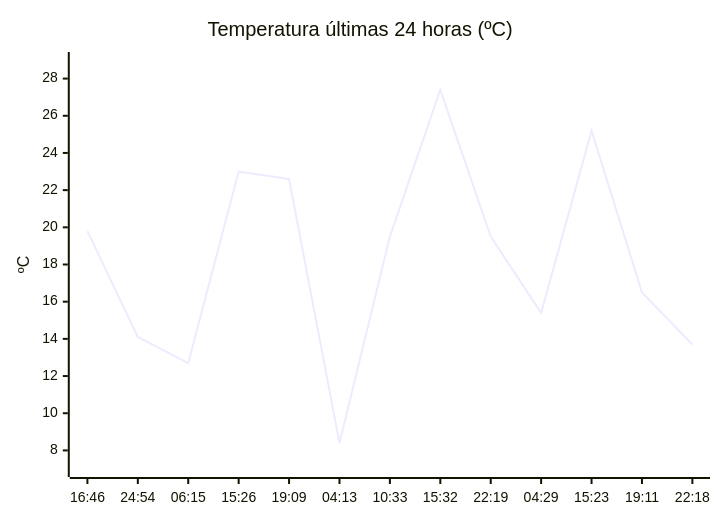
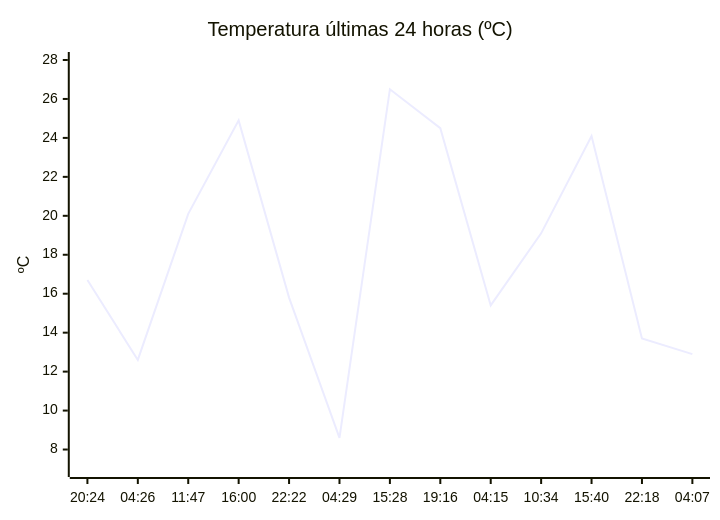
The diagram in README.md (solidsnk86/rem-scrap), drawn with Mermaid before and after one commit. The commit also changed other lines of this file, not shown here.

````diff
--- a/README.md
+++ b/README.md
@@ -36,7 +36,7 @@
 ```mermaid
 xychart-beta
     title "Temperatura últimas 24 horas (ºC)"
-    x-axis ["16:46", "24:54", "06:15", "15:26", "19:09", "04:13", "10:33", "15:32", "22:19", "04:29", "15:23", "19:11", "22:18"]
-    y-axis "ºC" 7 --> 29
-    line [19.8, 14.1, 12.7, 23, 22.6, 8.4, 19.5, 27.4, 19.5, 15.4, 25.2, 16.5, 13.7]
+    x-axis ["20:24", "04:26", "11:47", "16:00", "22:22", "04:29", "15:28", "19:16", "04:15", "10:34", "15:40", "22:18", "04:07"]
+    y-axis "ºC" 7 --> 28
+    line [16.7, 12.6, 20.1, 24.9, 15.8, 8.6, 26.5, 24.5, 15.4, 19.1, 24.1, 13.7, 12.9]
 ```
````
